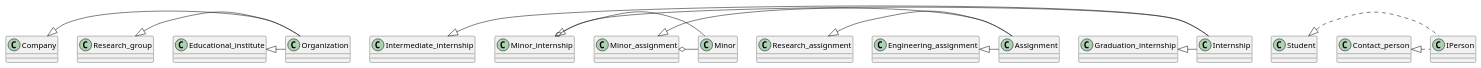
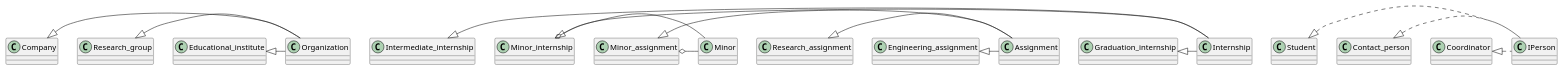
Before and after one commit to JoiningwithMattheus/Week1: the diagram in Week3/ClassDiagram.puml, drawn with PlantUML.

Commit message:
added coordinator

```diff
--- a/Week3/ClassDiagram.puml
+++ b/Week3/ClassDiagram.puml
@@ -1,79 +1,84 @@
 @startuml SIS
 
 class Organization {
 
 }
 
 class Company {
 
 }
 Company <|- Organization
 
 class Research_group{
 
 }
 Research_group <|- Organization
 
 class Educational_institute{
 
 }
 Educational_institute <|- Organization
 
 class Internship {
 
 }
 
 class Intermediate_internship {
 
 }
 Intermediate_internship <|- Internship
 
 class Minor_internship {
 
 }
 Minor_internship <|- Internship
 Minor_internship o- Minor
 
 class Graduation_internship {
 
 }
 Graduation_internship <|- Internship
 
 class Assignment {
 
 }
 
 class Research_assignment {
 
 }
 Research_assignment <|- Assignment
 
 class Minor_assignment {
 
 }
 Minor_assignment <|- Assignment
 Minor_assignment o- Minor
 
 class Engineering_assignment {
 
 }
 Engineering_assignment <|- Assignment
 
 class IPerson{
 
 }
 
 class Student {
 
 }
 Student <|. IPerson
 
 class Contact_person {
 
 }
 Contact_person <|. IPerson
 
+class Coordinator {
+
+}
+Coordinator <|. IPerson
+
 class Minor {
 
 }
 @enduml
```
